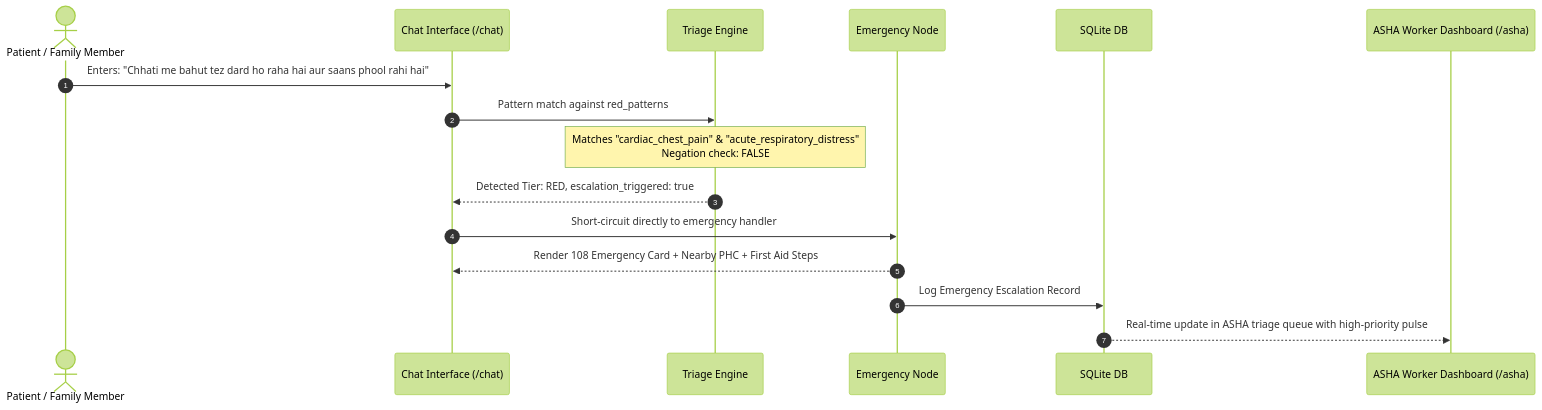
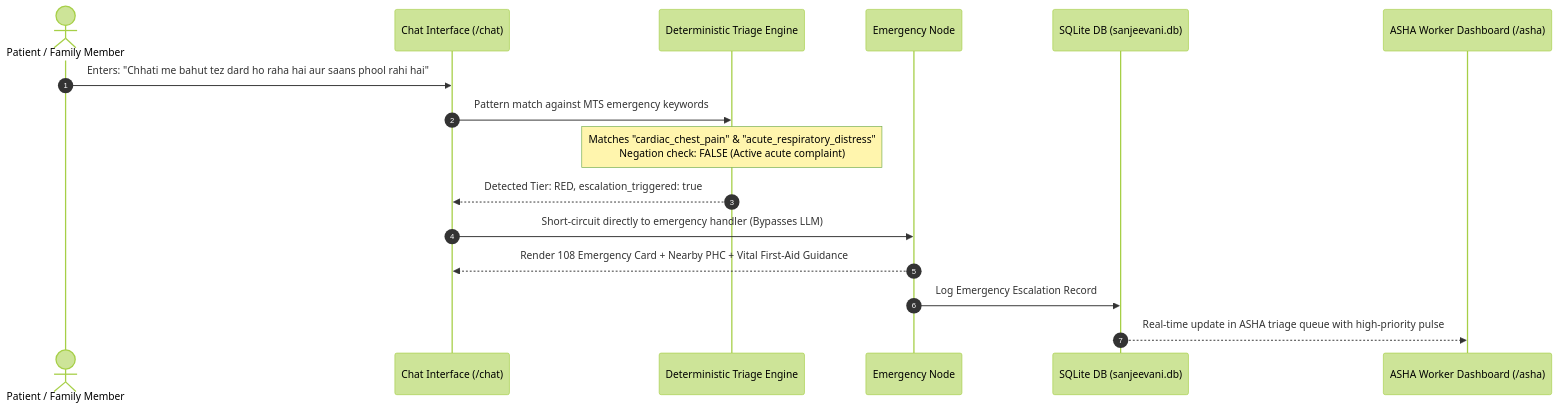
The third of 6 diagrams in Documentation/02_ARCHITECTURE_AND_WORKFLOW.md (Sachinsingh198/Sanjeevani), drawn with Mermaid (forest theme) before and after one commit. The commit also changed other lines of this file and 89 other files, not shown here.

````diff
--- a/Documentation/02_ARCHITECTURE_AND_WORKFLOW.md
+++ b/Documentation/02_ARCHITECTURE_AND_WORKFLOW.md
@@ -128,20 +140,20 @@
 ```mermaid
 sequenceDiagram
     autonumber
     actor Patient as Patient / Family Member
     participant Chat as Chat Interface (/chat)
-    participant Triage as Triage Engine
+    participant Triage as Deterministic Triage Engine
     participant EmerNode as Emergency Node
-    participant DB as SQLite DB
+    participant DB as SQLite DB (sanjeevani.db)
     participant ASHA as ASHA Worker Dashboard (/asha)
 
     Patient->>Chat: Enters: "Chhati me bahut tez dard ho raha hai aur saans phool rahi hai"
-    Chat->>Triage: Pattern match against red_patterns
-    Note over Triage: Matches "cardiac_chest_pain" & "acute_respiratory_distress"<br/>Negation check: FALSE
+    Chat->>Triage: Pattern match against MTS emergency keywords
+    Note over Triage: Matches "cardiac_chest_pain" & "acute_respiratory_distress"<br/>Negation check: FALSE (Active acute complaint)
     Triage-->>Chat: Detected Tier: RED, escalation_triggered: true
 
-    Chat->>EmerNode: Short-circuit directly to emergency handler
-    EmerNode-->>Chat: Render 108 Emergency Card + Nearby PHC + First Aid Steps
+    Chat->>EmerNode: Short-circuit directly to emergency handler (Bypasses LLM)
+    EmerNode-->>Chat: Render 108 Emergency Card + Nearby PHC + Vital First-Aid Guidance
     EmerNode->>DB: Log Emergency Escalation Record
     DB-->>ASHA: Real-time update in ASHA triage queue with high-priority pulse
 ```
````
